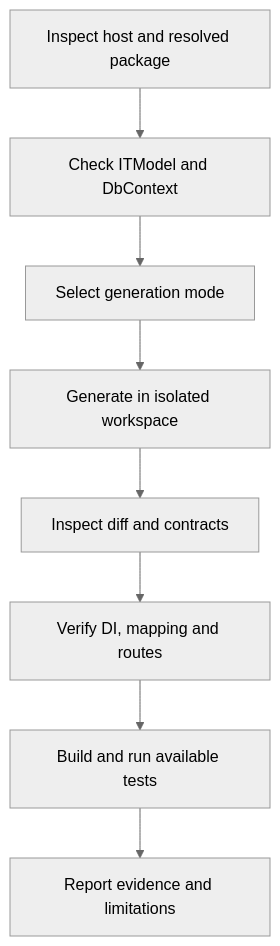
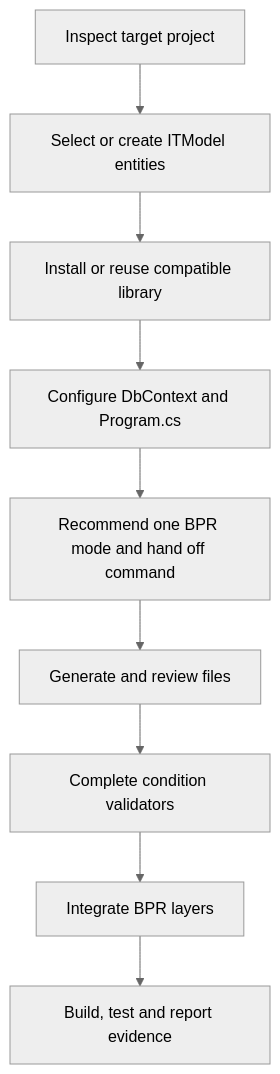
One commit to asgmodel/autogenerator-api-skills changed the diagram in README.md. Above: the diagram before and after it, drawn with Mermaid (neutral theme). The commit also changed other lines of this file and 4 other files, not shown here.

Commit message:
Make ITModel-first backend generation the core skill procedure

````diff
--- a/README.md
+++ b/README.md
@@ -32,10 +32,11 @@
 ```mermaid
 flowchart TD
-    A[Inspect host and resolved package] --> B[Check ITModel and DbContext]
-    B --> C[Select generation mode]
-    C --> D[Generate in isolated workspace]
-    D --> E[Inspect diff and contracts]
-    E --> F[Verify DI, mapping and routes]
-    F --> G[Build and run available tests]
-    G --> H[Report evidence and limitations]
+    A[Inspect target project] --> B[Select or create ITModel entities]
+    B --> C[Install or reuse compatible library]
+    C --> D[Configure DbContext and Program.cs]
+    D --> E[Recommend one BPR mode and hand off command]
+    E --> F[Generate and review files]
+    F --> G[Complete condition validators]
+    G --> H[Integrate BPR layers]
+    H --> I[Build, test and report evidence]
 ```
````
